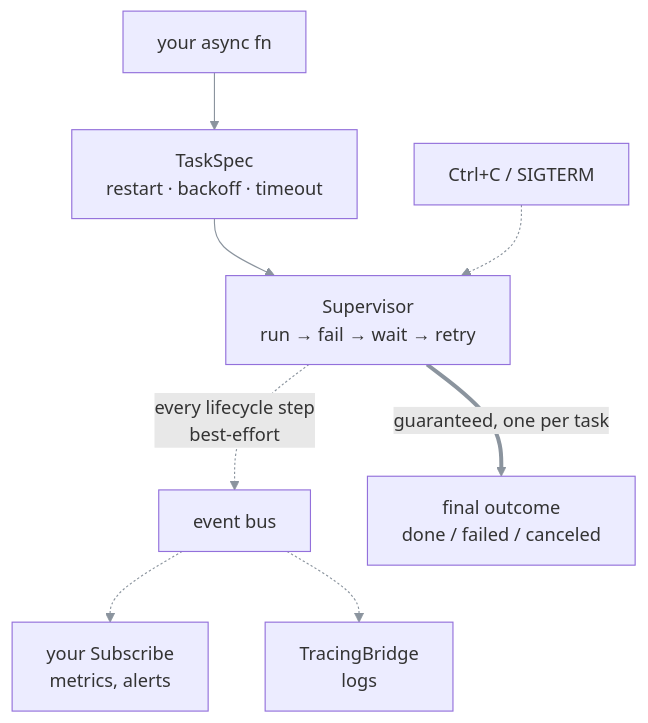
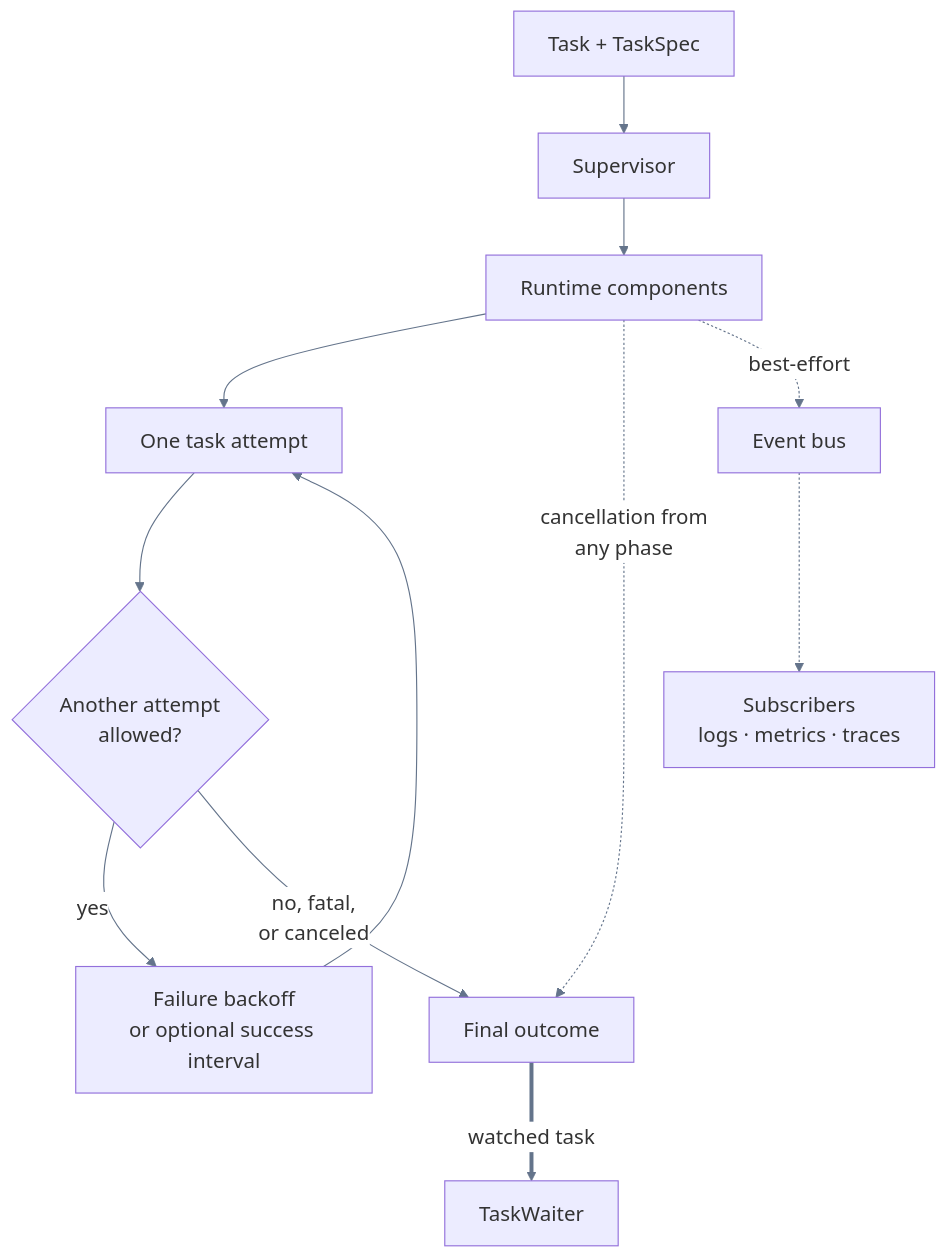
The diagram in assets/schema/taskvisor-process.md (soltiHQ/.github), drawn with Mermaid before and after one commit. The commit also changed 3 other files, not shown here.

Commit message:
update taskvisor schemas

````diff
--- a/assets/schema/taskvisor-process.md
+++ b/assets/schema/taskvisor-process.md
@@ -1,13 +1,16 @@
 ```mermaid
-%%{init: {"theme": "default", "themeVariables": {"lineColor": "#8b949e", "edgeLabelBackground": "#e8e8e8"}}}%%
+%%{init: {"theme": "default", "flowchart": {"curve": "basis", "htmlLabels": true}, "themeVariables": {"primaryColor": "#eef2ff", "primaryTextColor": "#111827", "primaryBorderColor": "#7c3aed", "lineColor": "#64748b", "edgeLabelBackground": "#ffffff", "secondaryColor": "#f8fafc", "tertiaryColor": "#ffffff", "fontFamily": "Arial", "fontSize": "18px"}}}%%
 flowchart TD
-    fn["your async fn"] --> spec["TaskSpec<br/>restart · backoff · timeout"]
-    spec --> sup["Supervisor<br/>run → fail → wait → retry"]
-    sig["Ctrl+C / SIGTERM"] -.-> sup
+    input["Task + TaskSpec"] --> supervisor["Supervisor"]
+    supervisor --> runtime["Runtime components"]
+    runtime --> attempt["One task attempt"]
+    attempt --> decision{"Another attempt<br/>allowed?"}
+    decision -->|"yes"| delay["Failure backoff<br/>or optional success interval"]
+    delay --> attempt
+    decision -->|"no, fatal,<br/>or canceled"| outcome["Final outcome"]
 
-    sup -. "every lifecycle step<br/>best-effort" .-> bus["event bus"]
-    bus -.-> sub["your Subscribe<br/>metrics, alerts"]
-    bus -.-> tb["TracingBridge<br/>logs"]
-
-    sup == "guaranteed, one per task" ==> out["final outcome<br/>done / failed / canceled"]
+    runtime -.->|"cancellation from<br/>any phase"| outcome
+    runtime -.->|"best-effort"| bus["Event bus"]
+    bus -.-> subscribers["Subscribers<br/>logs · metrics · traces"]
+    outcome ==>|"watched task"| waiter["TaskWaiter"]
 ```
````
